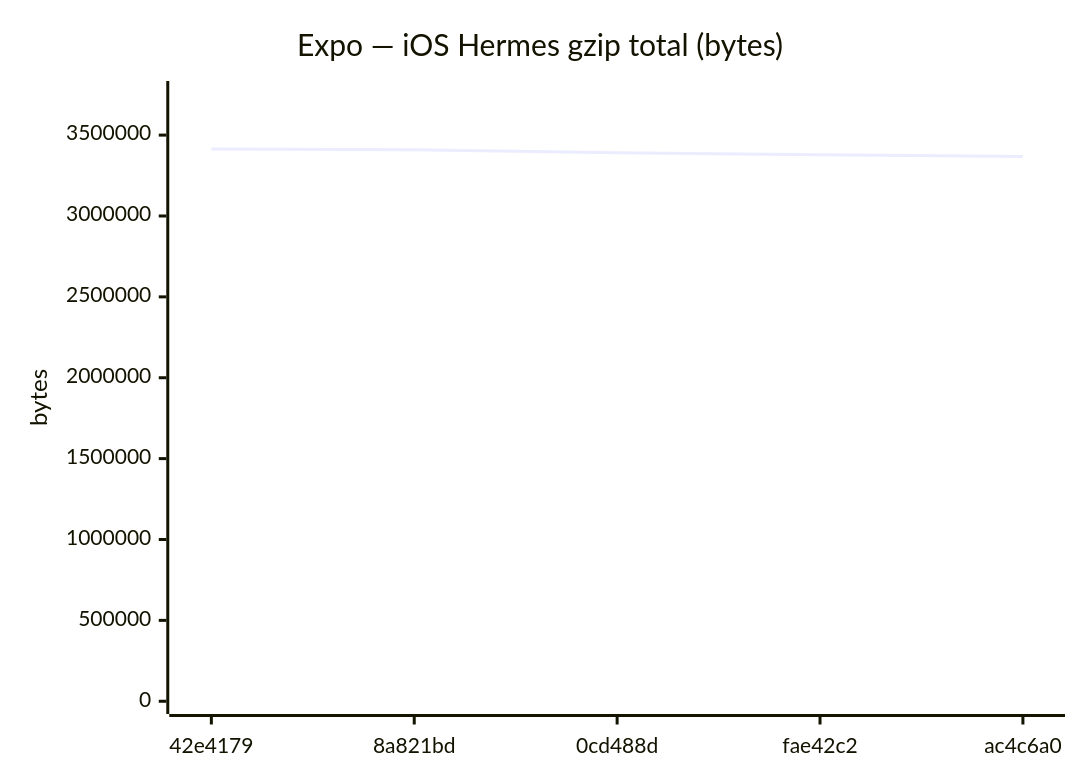
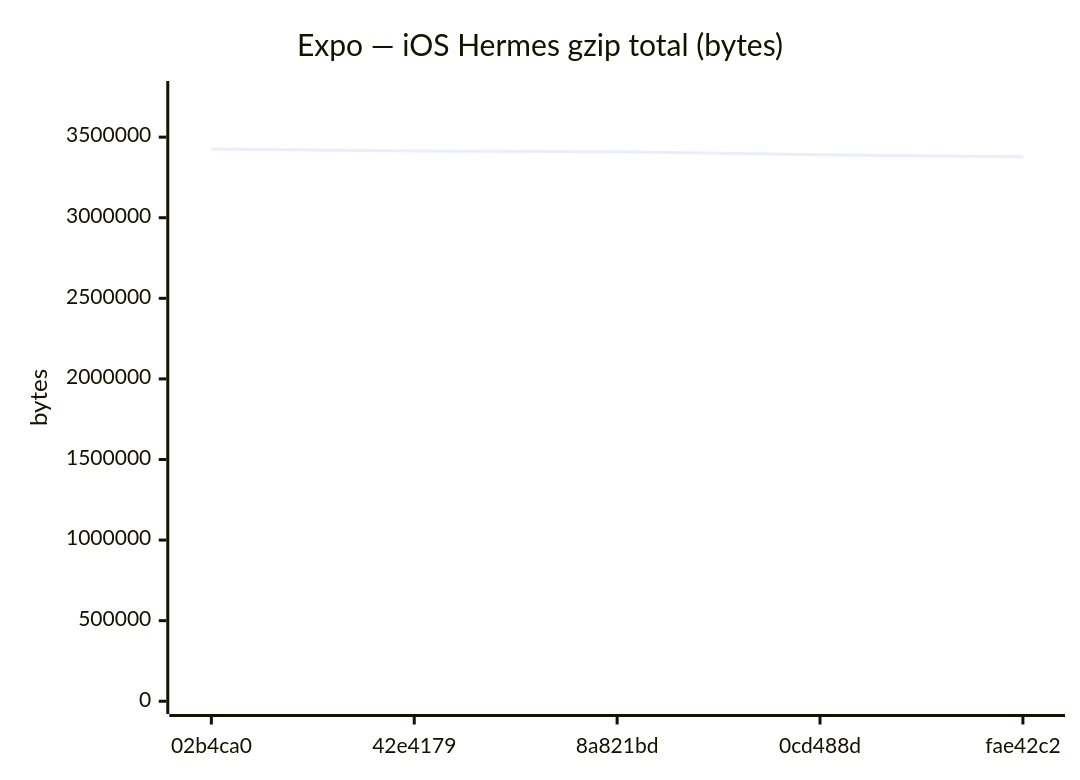
Diagram 12 of 18 in benchmarks/compare.md (Metaheurist/Rianell), drawn with Mermaid before and after one commit. The commit also changed other lines of this file and 11 other files, not shown here.

````diff
--- a/benchmarks/compare.md
+++ b/benchmarks/compare.md
@@ -179,7 +179,7 @@
 ```mermaid
 xychart-beta
     title "Expo — iOS Hermes gzip total (bytes)"
-    x-axis ["42e4179", "8a821bd", "0cd488d", "fae42c2", "ac4c6a0"]
-    y-axis "bytes" 0 --> 3755682
-    line [3414256, 3409221, 3391123, 3378280, 3368083]
+    x-axis ["02b4ca0", "42e4179", "8a821bd", "0cd488d", "fae42c2"]
+    y-axis "bytes" 0 --> 3769219
+    line [3426562, 3414256, 3409221, 3391123, 3378280]
 ```
````
